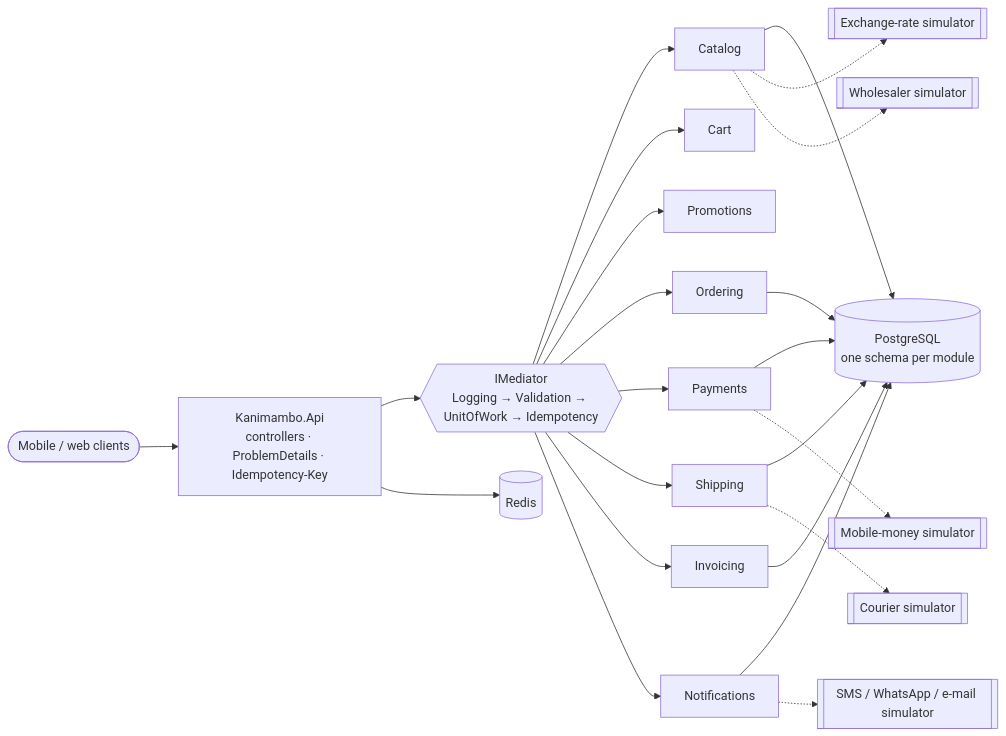
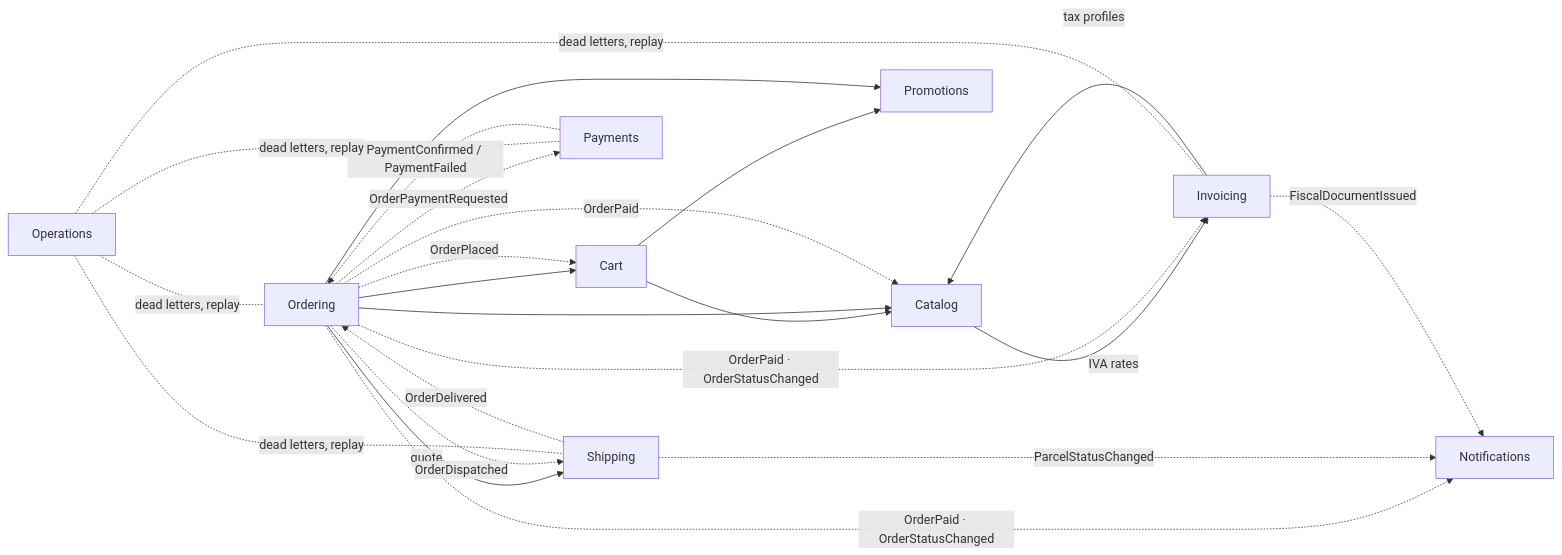
Before and after one commit to edilsonmanjate/kanimambo-market: the third of 3 diagrams in README.md, drawn with Mermaid. The commit also changed other lines of this file and 5 other files, not shown here.

Commit message:
docs: C4 context and container diagrams, module event map, badges, Phase 8 review

````diff
--- a/README.md
+++ b/README.md
@@ -117,14 +190,21 @@
 ```mermaid
 flowchart LR
-    client([Mobile / web clients]) --> api[Kanimambo.Api<br/>controllers · ProblemDetails · Idempotency-Key]
-    api --> mediator{{IMediator<br/>Logging → Validation → UnitOfWork → Idempotency}}
-    mediator --> catalog[Catalog] & cart[Cart] & promotions[Promotions] & ordering[Ordering]
-    mediator --> payments[Payments] & shipping[Shipping] & invoicing[Invoicing] & notifications[Notifications]
-    catalog & ordering & payments & shipping & invoicing & notifications --> pg[(PostgreSQL<br/>one schema per module)]
-    api --> redis[(Redis)]
-    catalog -.-> fx[[Exchange-rate simulator]]
-    catalog -.-> ws[[Wholesaler simulator]]
-    payments -.-> mm[[Mobile-money simulator]]
-    shipping -.-> courier[[Courier simulator]]
-    notifications -.-> msg[[SMS / WhatsApp / e-mail simulator]]
+    cart[Cart] --> catalog[Catalog]
+    cart --> promotions[Promotions]
+    ordering[Ordering] --> cart & catalog & promotions
+    ordering -- "quote" --> shipping[Shipping]
+    invoicing[Invoicing] -- "tax profiles" --> catalog
+    catalog -- "IVA rates" --> invoicing
+
+    ordering -. "OrderPlaced" .-> cart
+    ordering -. "OrderPaymentRequested" .-> payments[Payments]
+    payments -. "PaymentConfirmed / PaymentFailed" .-> ordering
+    ordering -. "OrderPaid" .-> catalog
+    ordering -. "OrderPaid · OrderStatusChanged" .-> invoicing
+    ordering -. "OrderPaid · OrderStatusChanged" .-> notifications[Notifications]
+    ordering -. "OrderDispatched" .-> shipping
+    shipping -. "OrderDelivered" .-> ordering
+    shipping -. "ParcelStatusChanged" .-> notifications
+    invoicing -. "FiscalDocumentIssued" .-> notifications
+    operations[Operations] -. "dead letters, replay" .- ordering & payments & shipping & invoicing
 ```
````
